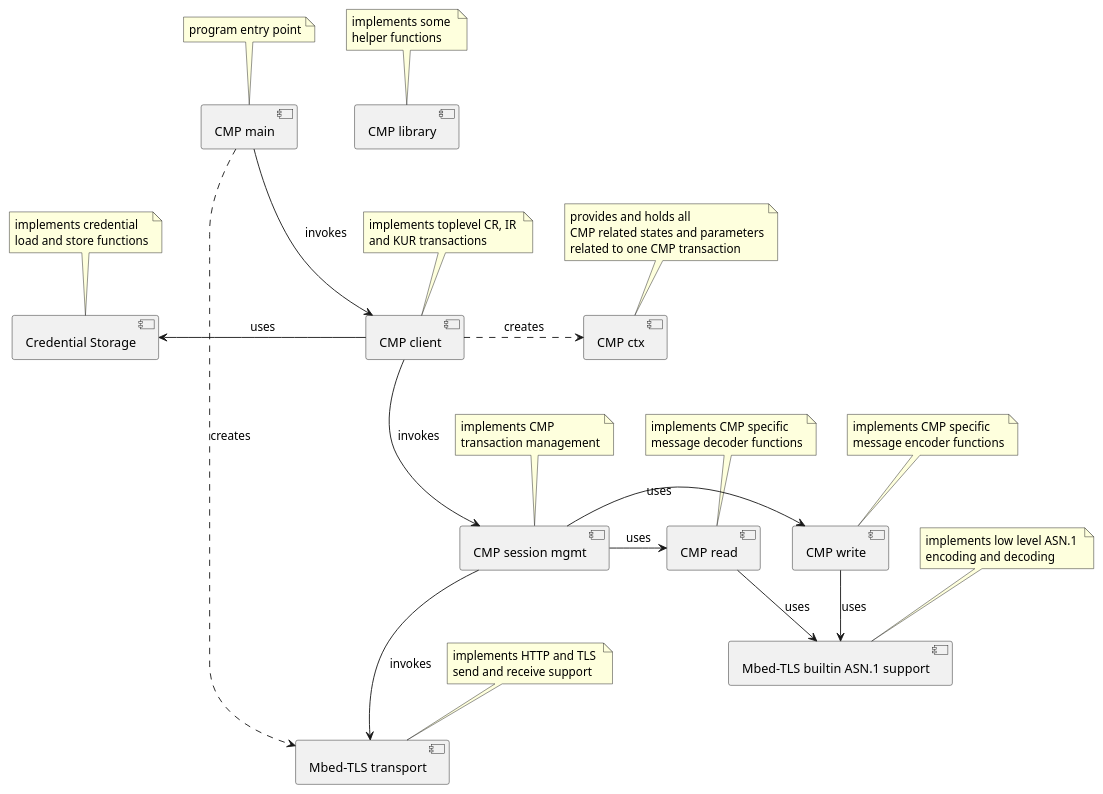
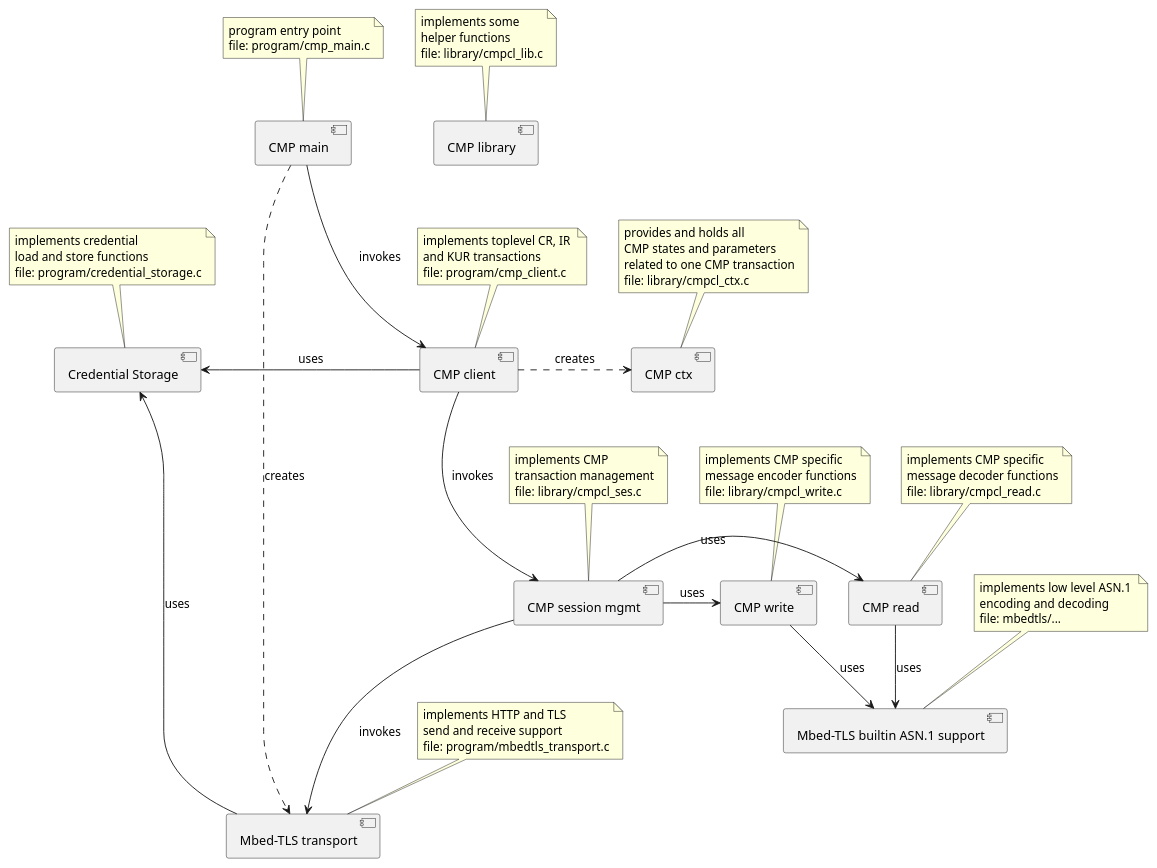
Before and after one commit to siemens/embeddedCMP: the diagram in README.md, drawn with PlantUML. The commit also changed 4 other files, not shown here.

Commit message:
make mbed_tls_transport_ctx more configurable

````diff
--- a/README.md
+++ b/README.md
@@ -56,6 +56,7 @@
 [CMP main] as main
 note as mainN
 program entry point
+file: program/cmp_main.c
 endnote
 mainN .. main
 
@@ -63,6 +64,7 @@
 note as clientN
 implements toplevel CR, IR 
 and KUR transactions
+file: program/cmp_client.c
 endnote
 clientN .. client
 
@@ -70,6 +72,7 @@
 note as storageN
 implements credential 
 load and store functions
+file: program/credential_storage.c
 endnote
 storageN .. storage
 
@@ -77,6 +80,7 @@
 note as transportN
 implements HTTP and TLS 
 send and receive support
+file: program/mbedtls_transport.c
 endnote
 transportN .. transport
 
@@ -84,14 +88,16 @@
 note as asn1N
 implements low level ASN.1 
 encoding and decoding
+file: mbedtls/...
 endnote
 asn1N .. asn1
 
 [CMP ctx] as ctx
 note as ctxN
 provides and holds all 
-CMP related states and parameters
+CMP states and parameters
 related to one CMP transaction
+file: library/cmpcl_ctx.c
 endnote
 ctxN .. ctx 
 
@@ -99,6 +105,7 @@
 note as libN
 implements some 
 helper functions
+file: library/cmpcl_lib.c
 endnote
 libN .. lib
 
@@ -106,6 +113,7 @@
 note as writeN
 implements CMP specific 
 message encoder functions
+file: library/cmpcl_write.c
 endnote
 writeN .. write
 
@@ -113,6 +121,7 @@
 note as readN
 implements CMP specific 
 message decoder functions
+file: library/cmpcl_read.c
 endnote
 readN .. read
 
@@ -120,6 +129,7 @@
 note as sesN
 implements CMP 
 transaction management
+file: library/cmpcl_ses.c
 endnote
 sesN .. ses
 
@@ -138,5 +148,7 @@
 read --> asn1: uses
 write --> asn1: uses
 
+transport -l-> storage: uses
+
 @enduml
 ```
````
